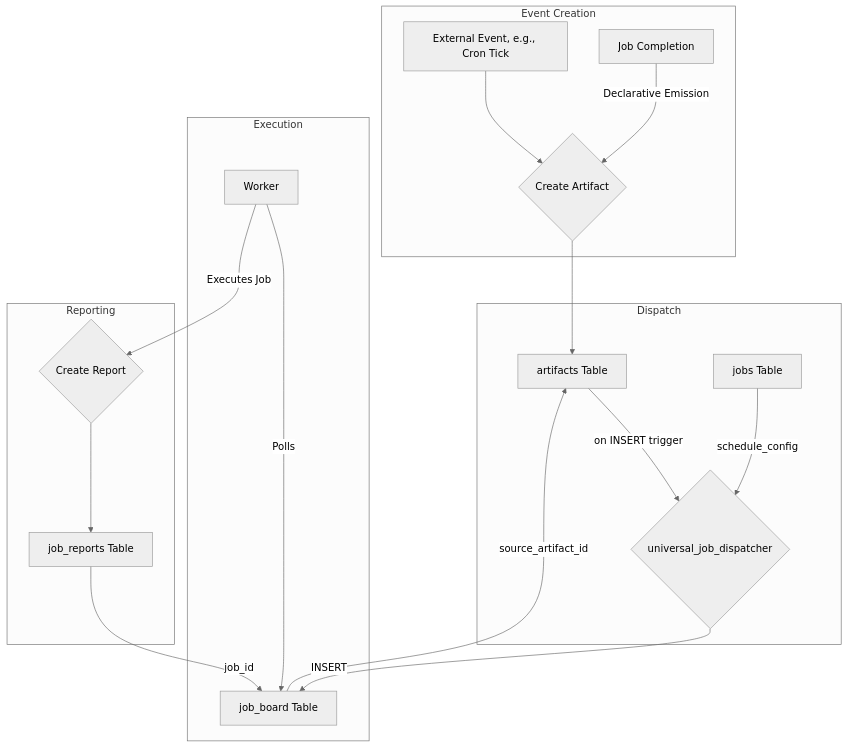
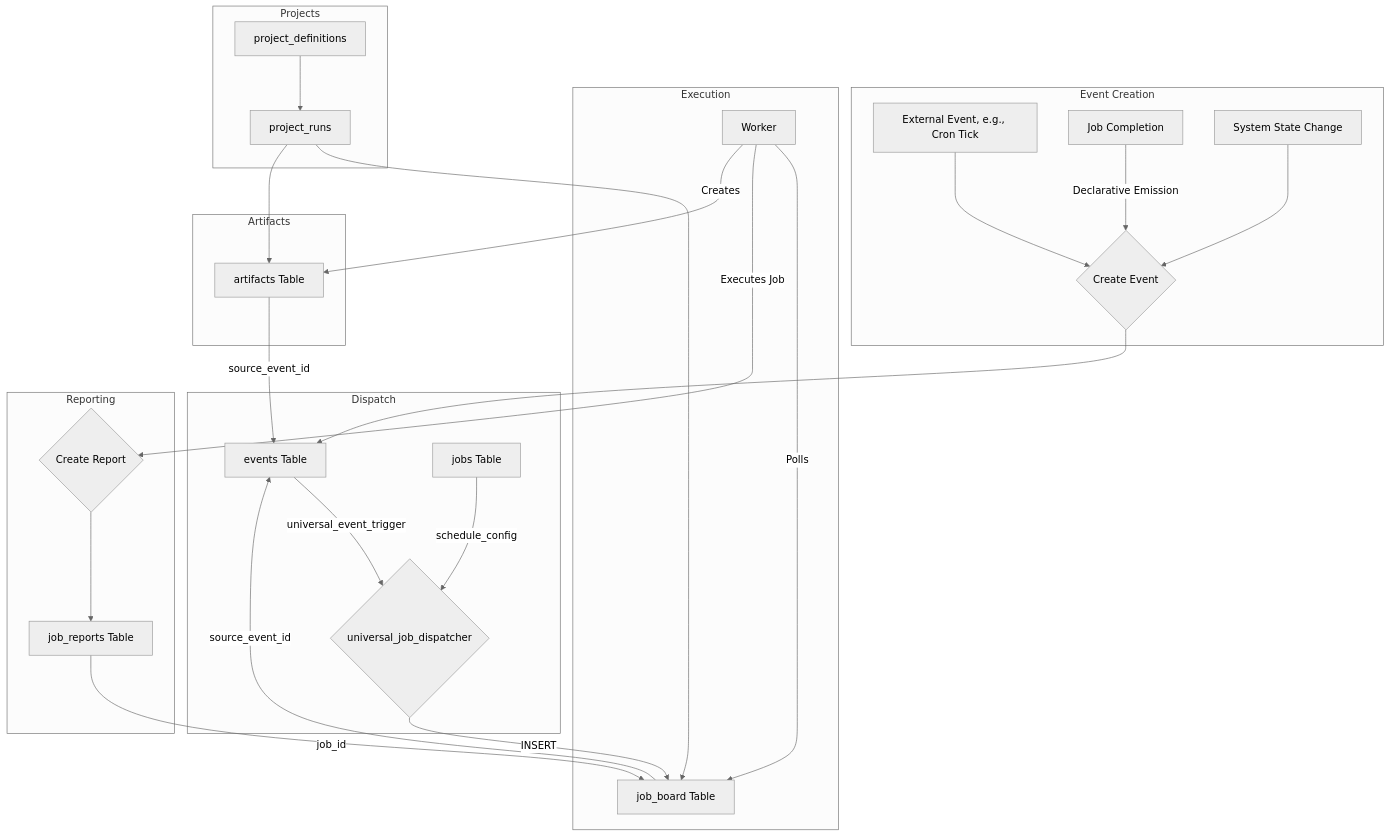
Before and after one commit to Jinn-Network/jinn-gemini: the diagram in docs/documentation/DATABASE_MAP.md, drawn with Mermaid (neutral theme). The commit also changed other lines of this file and 3 other files, not shown here.

First line of the commit message:
refactor: update event and artifact management for enhanced project context

````diff
--- a/docs/documentation/DATABASE_MAP.md
+++ b/docs/documentation/DATABASE_MAP.md
@@ -72,25 +296,37 @@
 ```mermaid
 graph TD
     subgraph Event Creation
-        A[External Event, e.g., Cron Tick] --> B{Create Artifact};
+        A[External Event, e.g., Cron Tick] --> B{Create Event};
         C[Job Completion] -- Declarative Emission --> B;
+        D[System State Change] --> B;
     end
 
     subgraph Dispatch
-        B --> D[artifacts Table];
-        D -- on INSERT trigger --> E{universal_job_dispatcher};
-        F[jobs Table] -- schedule_config --> E;
+        B --> E[events Table];
+        E -- universal_event_trigger --> F{universal_job_dispatcher};
+        G[jobs Table] -- schedule_config --> F;
     end
     
     subgraph Execution
-        E -- INSERT --> G[job_board Table];
-        G -- source_artifact_id --> D;
-        H[Worker] -- Polls --> G;
+        F -- INSERT --> H[job_board Table];
+        H -- source_event_id --> E;
+        I[Worker] -- Polls --> H;
     end
     
     subgraph Reporting
-        H -- Executes Job --> I{Create Report};
-        I --> J[job_reports Table];
-        J -- job_id --> G;
+        I -- Executes Job --> J{Create Report};
+        J --> K[job_reports Table];
+        K -- job_id --> H;
+    end
+    
+    subgraph Artifacts
+        I -- Creates --> L[artifacts Table];
+        L -- source_event_id --> E;
+    end
+    
+    subgraph Projects
+        M[project_definitions] --> N[project_runs];
+        N --> H;
+        N --> L;
     end
 ```
````
